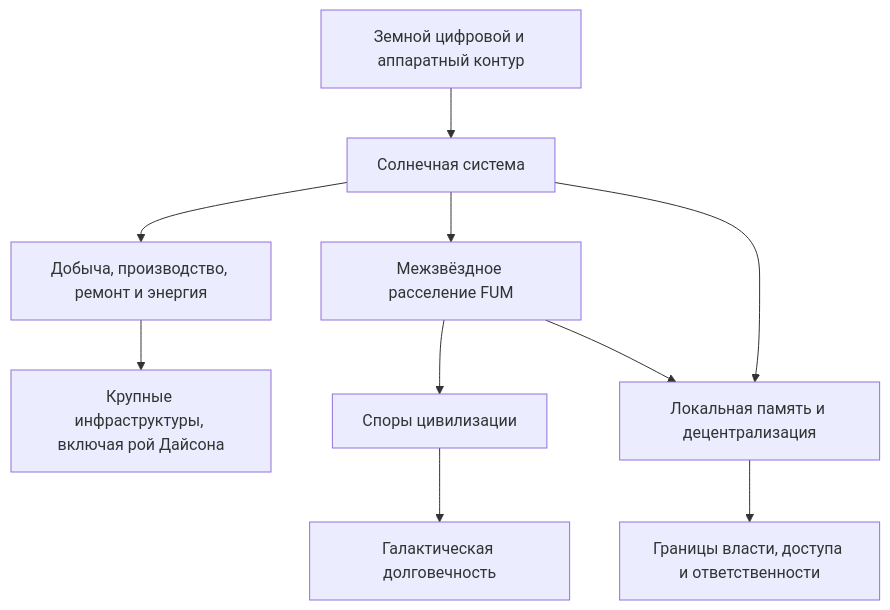
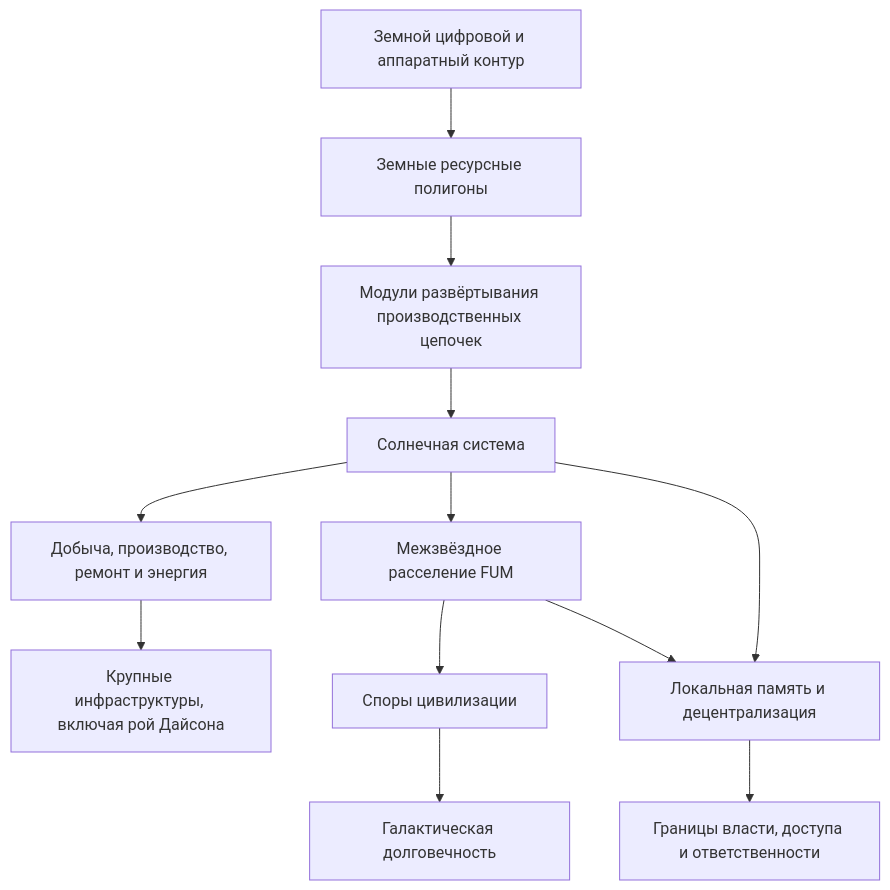
One commit to fum-lab/fum changed the diagram in Документация/14-космическая-автономия-и-расселение.md. Above: the diagram before and after it, drawn with Mermaid. The commit also changed other lines of this file and 18 other files, not shown here.

````diff
--- a/Документация/14-космическая-автономия-и-расселение.md
+++ b/Документация/14-космическая-автономия-и-расселение.md
@@ -35,12 +41,14 @@
 ```mermaid
 flowchart TD
-    earth["Земной цифровой и аппаратный контур"] --> solar["Солнечная система"]
+    earth["Земной цифровой и аппаратный контур"] --> terrestrial["Земные ресурсные полигоны"]
+    terrestrial --> deployment["Модули развёртывания производственных цепочек"]
+    deployment --> solar["Солнечная система"]
     solar --> resources["Добыча, производство, ремонт и энергия"]
     resources --> dyson["Крупные инфраструктуры, включая рой Дайсона"]
     solar --> interstellar["Межзвёздное расселение FUM"]
     interstellar --> spores["Споры цивилизации"]
     spores --> longevity["Галактическая долговечность"]
     solar --> decentralization["Локальная память и децентрализация"]
     interstellar --> decentralization
     decentralization --> safety["Границы власти, доступа и ответственности"]
 ```
````
